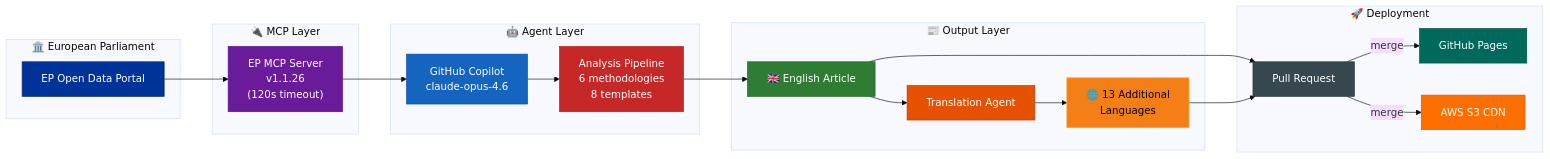
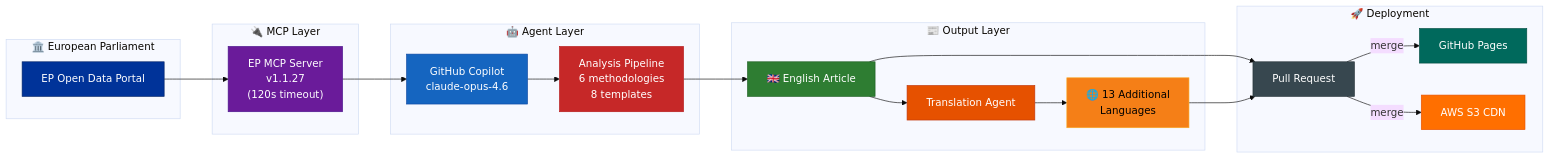
One commit to Hack23/euparliamentmonitor changed diagram 21 of 21 in WORKFLOWS.md. Above: the diagram before and after it, drawn with Mermaid (base theme). The commit also changed other lines of this file and 27 other files, not shown here.

First line of the commit message:
chore: update european-parliament-mcp-server from 1.1.26 to 1.1.27 across all agentic workflows, MCP config, and documentation

````diff
--- a/WORKFLOWS.md
+++ b/WORKFLOWS.md
@@ -1746,42 +1746,42 @@
 ```mermaid
 flowchart LR
     subgraph "🏛️ European Parliament"
         EP["EP Open Data Portal"]
     end
 
     subgraph "🔌 MCP Layer"
-        MCP["EP MCP Server<br/>v1.1.26<br/>(120s timeout)"]
+        MCP["EP MCP Server<br/>v1.1.27<br/>(120s timeout)"]
     end
 
     subgraph "🤖 Agent Layer"
         Agent["GitHub Copilot<br/>claude-opus-4.6"]
         Analyze["Analysis Pipeline<br/>6 methodologies<br/>8 templates"]
     end
 
     subgraph "📰 Output Layer"
         EN["🇬🇧 English Article"]
         Translate["Translation Agent"]
         Multi["🌐 13 Additional<br/>Languages"]
     end
 
     subgraph "🚀 Deployment"
         PR["Pull Request"]
         Pages["GitHub Pages"]
         S3["AWS S3 CDN"]
     end
 
     EP --> MCP --> Agent --> Analyze --> EN --> PR
     EN --> Translate --> Multi --> PR
     PR --> |"merge"| Pages & S3
 
     style EP fill:#003399,stroke:#002266,color:#FFFFFF
     style MCP fill:#6A1B9A,stroke:#4A148C,color:#FFFFFF
     style Agent fill:#1565C0,stroke:#0D47A1,color:#FFFFFF
     style Analyze fill:#C62828,stroke:#B71C1C,color:#FFFFFF
     style EN fill:#2E7D32,stroke:#1B5E20,color:#FFFFFF
     style Translate fill:#E65100,stroke:#BF360C,color:#FFFFFF
     style Multi fill:#F57F17,stroke:#F9A825,color:#000000
     style PR fill:#37474F,stroke:#263238,color:#FFFFFF
     style Pages fill:#00695C,stroke:#004D40,color:#FFFFFF
     style S3 fill:#FF6F00,stroke:#E65100,color:#FFFFFF
 ```
````
